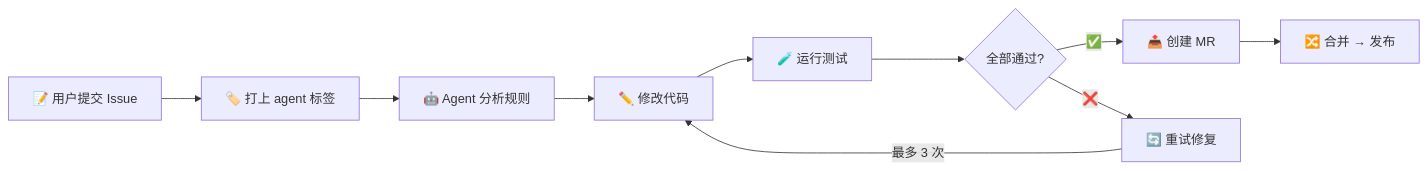
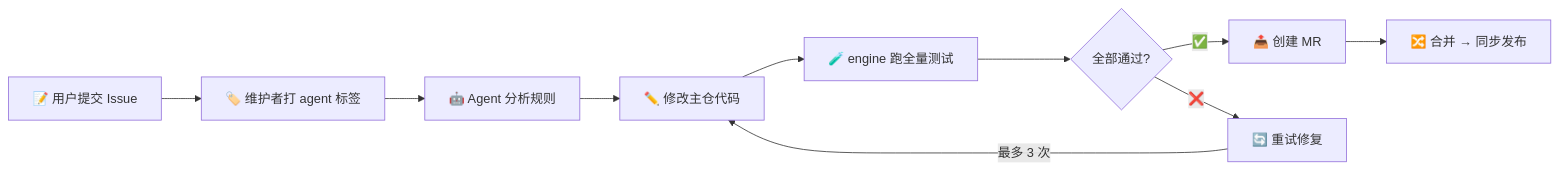
The second of 3 diagrams in README.md (wechatjs/verify-article-structure-spec), drawn with Mermaid before and after one commit. The commit also changed other lines of this file and 1 other file, not shown here.

````diff
--- a/README.md
+++ b/README.md
@@ -27,12 +74,12 @@
 ```mermaid
 flowchart LR
-    A["📝 用户提交 Issue"] --> B["🏷️ 打上 agent 标签"]
+    A["📝 用户提交 Issue"] --> B["🏷️ 维护者打 agent 标签"]
     B --> C["🤖 Agent 分析规则"]
-    C --> D["✏️ 修改代码"]
-    D --> E["🧪 运行测试"]
+    C --> D["✏️ 修改主仓代码"]
+    D --> E["🧪 engine 跑全量测试"]
     E --> F{"全部通过?"}
     F -->|"✅"| G["📤 创建 MR"]
     F -->|"❌"| H["🔄 重试修复"]
     H -->|"最多 3 次"| D
-    G --> I["🔀 合并 → 发布"]
+    G --> I["🔀 合并 → 同步发布"]
 ```
````
